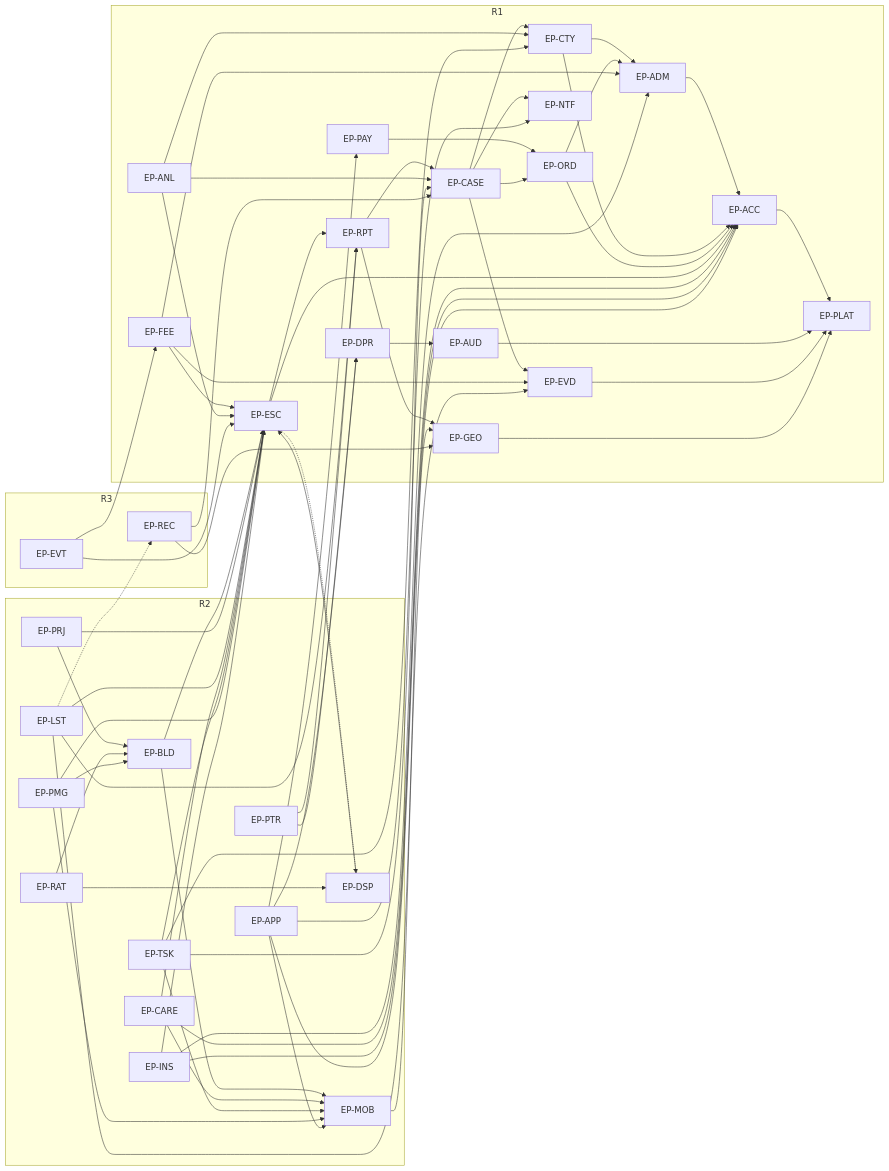
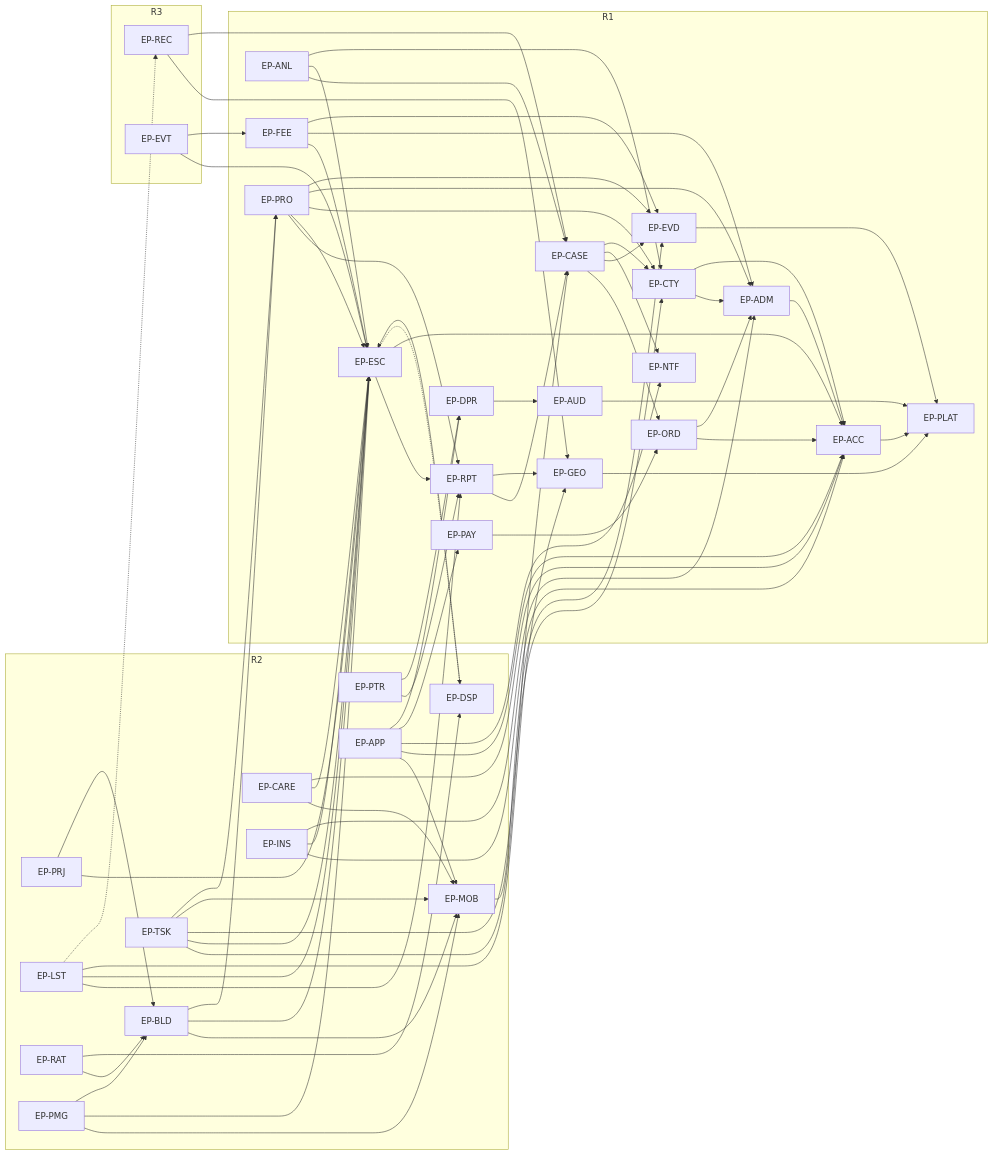
The second of 2 diagrams in docs/specs/04-project-plan-and-backlog.md (1SteveMens/Fidero), drawn with Mermaid before and after one commit. The commit also changed other lines of this file and 6 other files, not shown here.

````diff
--- a/docs/specs/04-project-plan-and-backlog.md
+++ b/docs/specs/04-project-plan-and-backlog.md
@@ -1842,6 +1936,7 @@
         FEE["EP-FEE"]
         DPR["EP-DPR"]
         ANL["EP-ANL"]
+        PRO["EP-PRO"]
     end
     subgraph R2
         MOB["EP-MOB"]
@@ -1923,4 +2018,11 @@
     LST -.-> REC
     EVT --> ESC
     EVT --> FEE
+    PRO --> RPT
+    PRO --> ESC
+    PRO --> CTY
+    PRO --> ADM
+    PRO --> EVD
+    TSK --> PRO
+    BLD --> PRO
 ```
````
